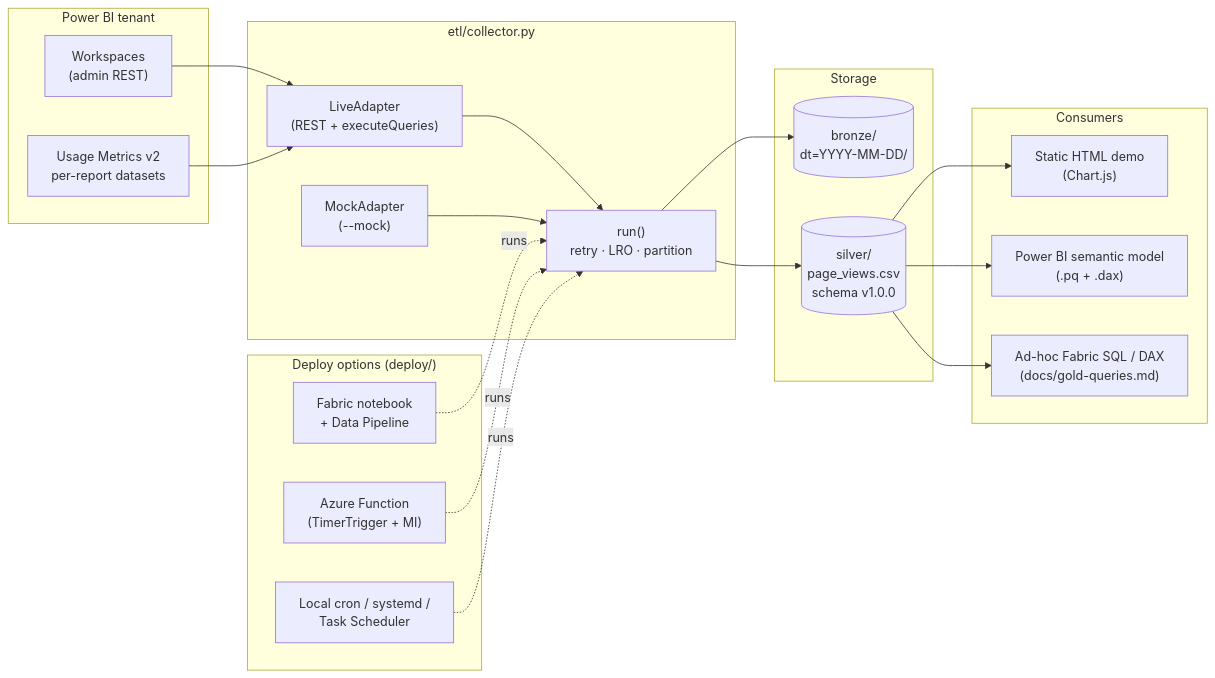
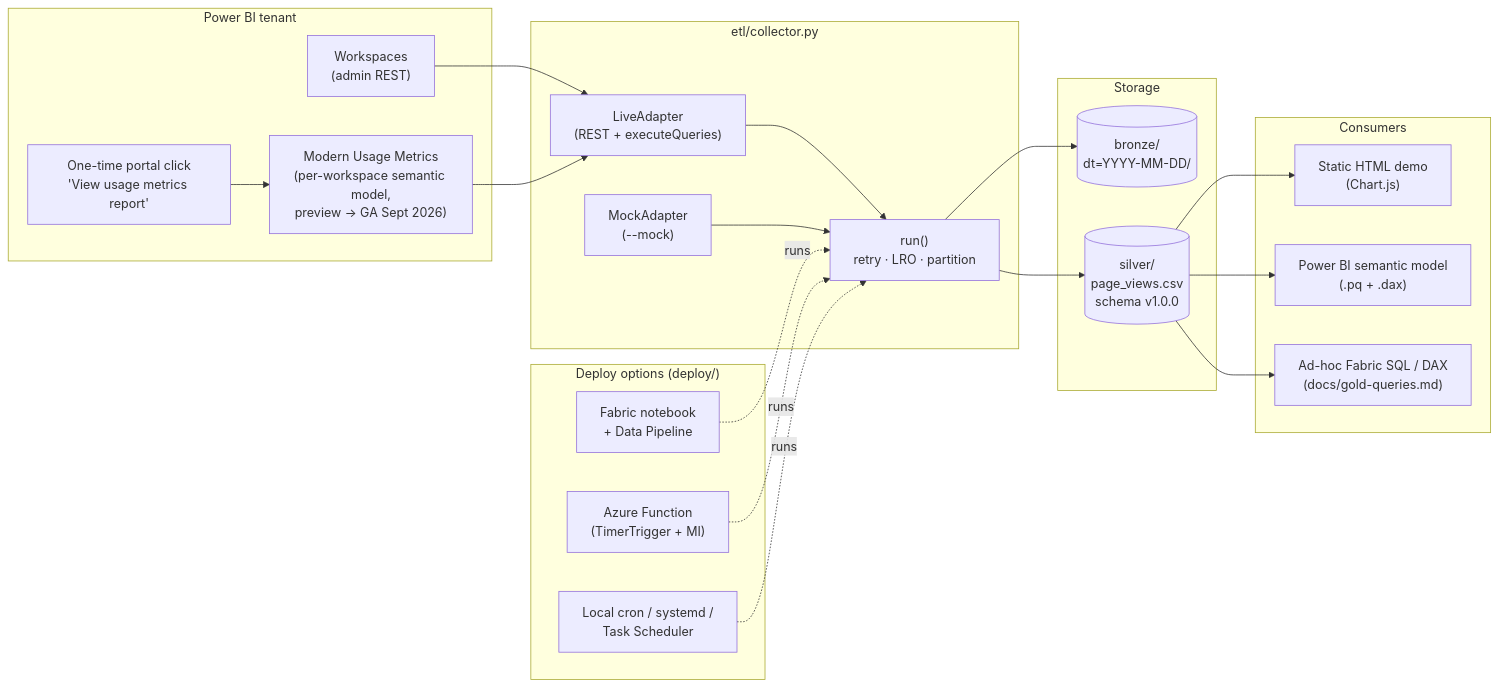
Before and after one commit to anuraagr/powerbi-page-telemetry: the diagram in README.md, drawn with Mermaid. The commit also changed other lines of this file and 13 other files, not shown here.

````diff
--- a/README.md
+++ b/README.md
@@ -74,43 +84,45 @@
 ```mermaid
 flowchart LR
     subgraph PBI["Power BI tenant"]
         WS["Workspaces<br/>(admin REST)"]
-        UM["Usage Metrics v2<br/>per-report datasets"]
+        UM["Modern Usage Metrics<br/>(per-workspace semantic model,<br/>preview → GA Sept 2026)"]
+        Boot["One-time portal click<br/>'View usage metrics report'"]
     end
 
     subgraph Collector["etl/collector.py"]
         LA["LiveAdapter<br/>(REST + executeQueries)"]
         MA["MockAdapter<br/>(--mock)"]
         Run["run()<br/>retry · LRO · partition"]
     end
 
     subgraph Storage["Storage"]
         B[("bronze/<br/>dt=YYYY-MM-DD/")]
         S[("silver/<br/>page_views.csv<br/>schema v1.0.0")]
     end
 
     subgraph Consumers["Consumers"]
         Dash["Static HTML demo<br/>(Chart.js)"]
         PBI2["Power BI semantic model<br/>(.pq + .dax)"]
         SQL["Ad-hoc Fabric SQL / DAX<br/>(docs/gold-queries.md)"]
     end
 
     subgraph Deploy["Deploy options (deploy/)"]
         F["Fabric notebook<br/>+ Data Pipeline"]
         A["Azure Function<br/>(TimerTrigger + MI)"]
         L["Local cron / systemd /<br/>Task Scheduler"]
     end
 
     WS --> LA
+    Boot --> UM
     UM --> LA
     LA --> Run
     MA --> Run
     Run --> B
     Run --> S
     S --> Dash
     S --> PBI2
     S --> SQL
     F -.runs.-> Run
     A -.runs.-> Run
     L -.runs.-> Run
 ```
````
